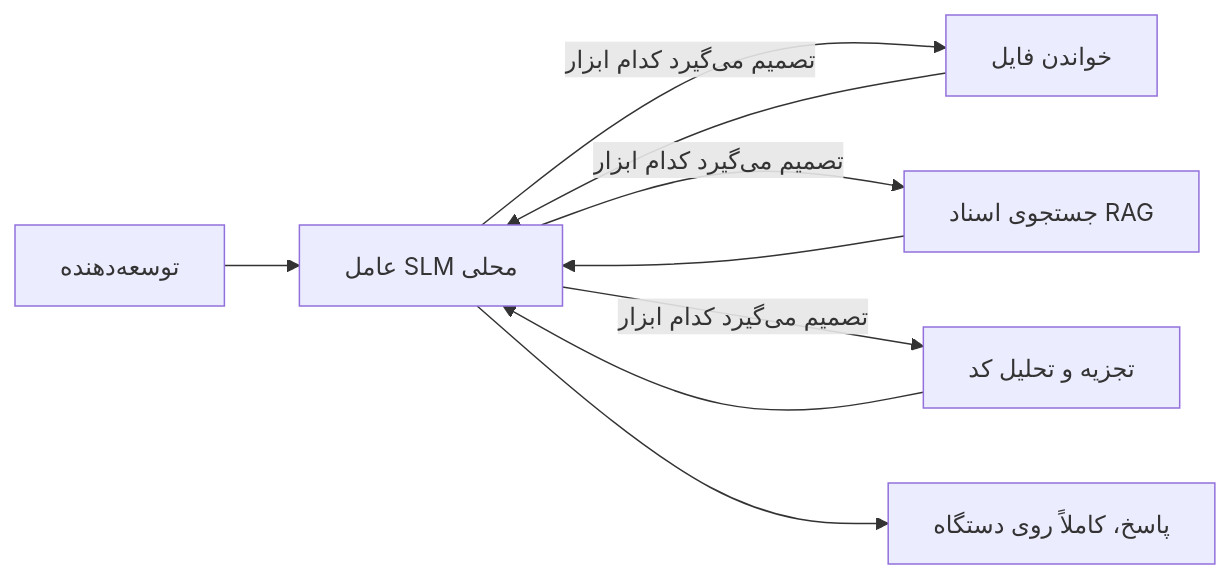
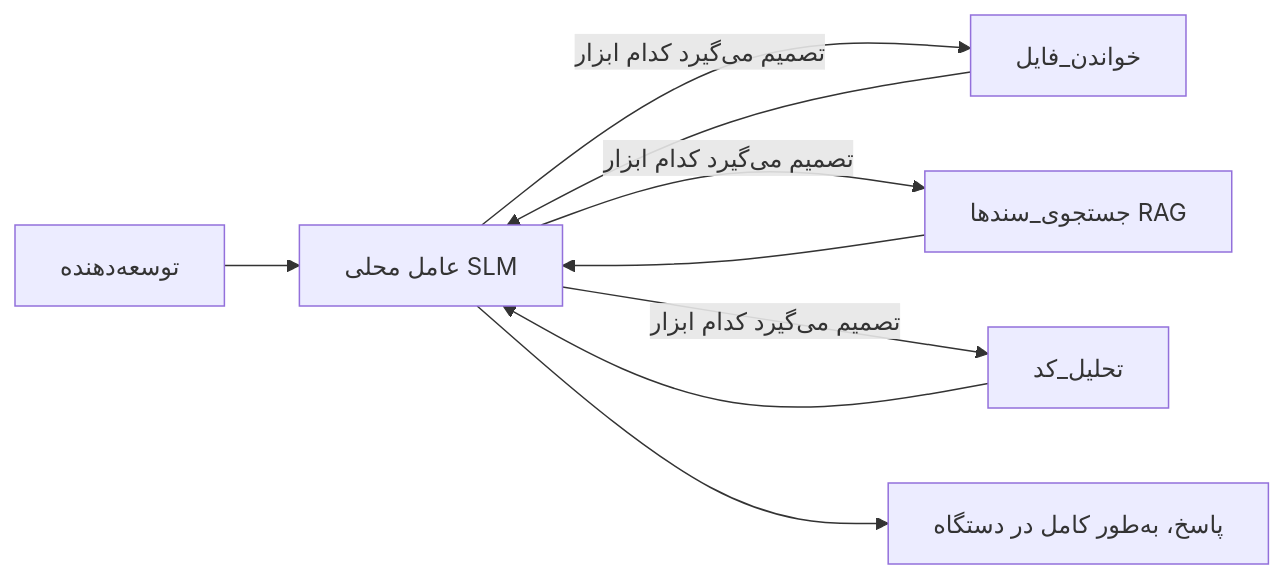
The first of 4 diagrams in translations/fa/17-creating-local-ai-agents/README.md (microsoft/ai-agents-for-beginners), drawn with Mermaid before and after one commit. The commit also changed other lines of this file and 47 other files, not shown here.

````diff
--- a/translations/fa/17-creating-local-ai-agents/README.md
+++ b/translations/fa/17-creating-local-ai-agents/README.md
@@ -66,11 +66,11 @@
 ```mermaid
 flowchart LR
-    U[توسعه‌دهنده] --> A[عامل SLM محلی]
-    A -->|تصمیم می‌گیرد کدام ابزار| T1[خواندن فایل]
-    A -->|تصمیم می‌گیرد کدام ابزار| T2[جستجوی اسناد RAG]
-    A -->|تصمیم می‌گیرد کدام ابزار| T3[تجزیه و تحلیل کد]
+    U[توسعه‌دهنده] --> A[عامل محلی SLM]
+    A -->|تصمیم می‌گیرد کدام ابزار| T1[خواندن_فایل]
+    A -->|تصمیم می‌گیرد کدام ابزار| T2[جستجوی_سندها RAG]
+    A -->|تصمیم می‌گیرد کدام ابزار| T3[تحلیل_کد]
     T1 --> A
     T2 --> A
     T3 --> A
-    A --> R[پاسخ، کاملاً روی دستگاه]
+    A --> R[پاسخ، به‌طور کامل در دستگاه]
 ```
````
